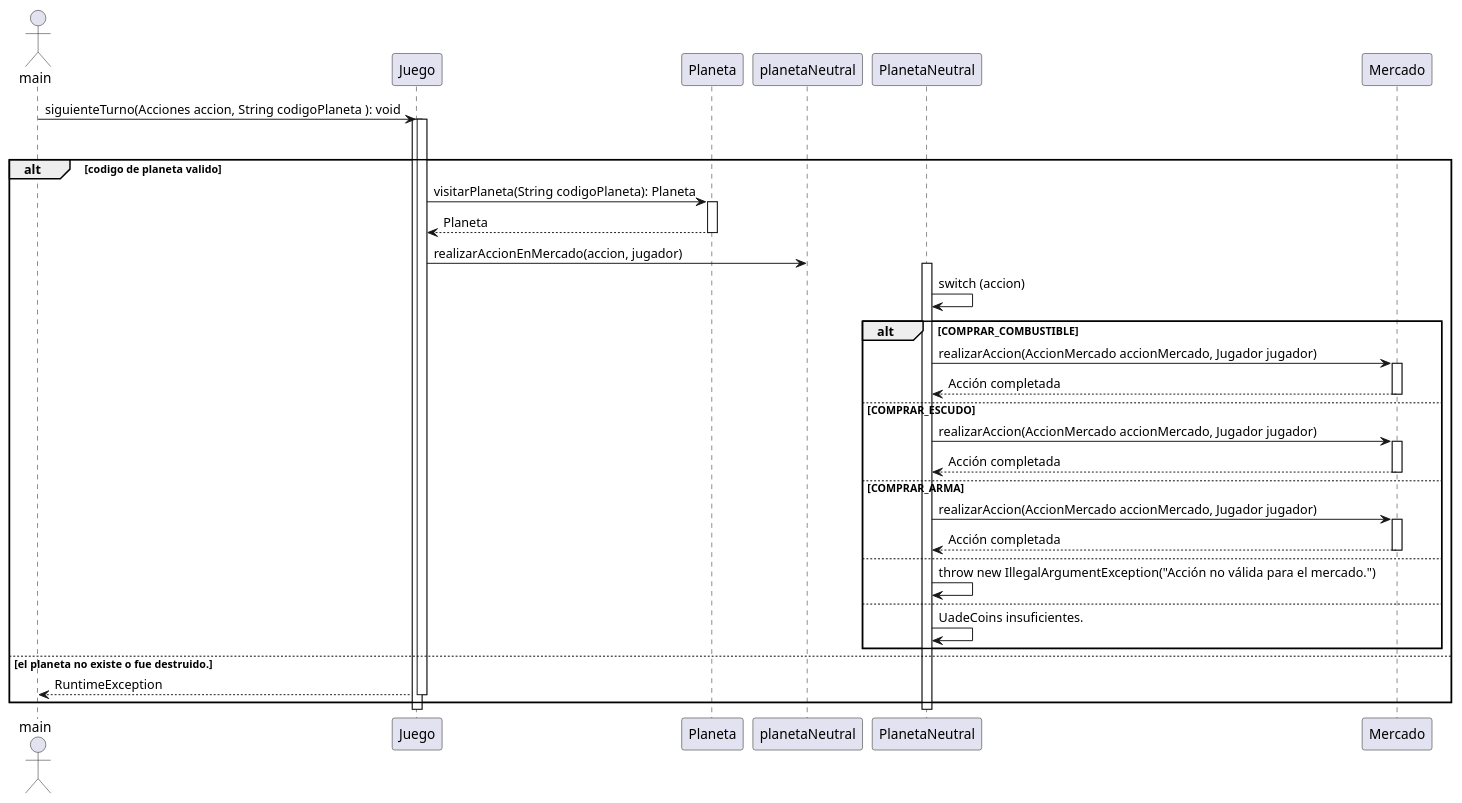
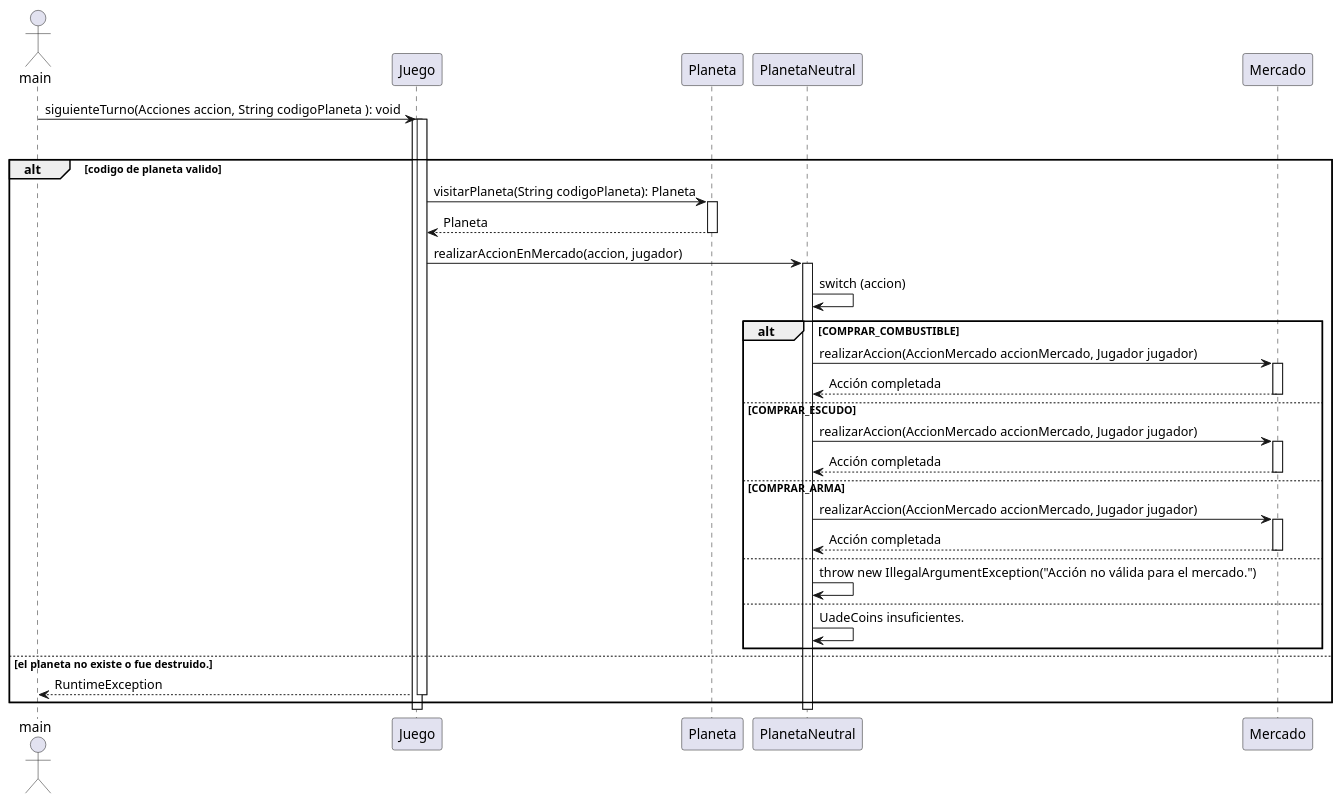
Before and after one commit to ianlio-git/LostGalaxy: the diagram in src/main/java/org/example/Diagrams/TPO_SequenceDiagramMarketItem.puml, drawn with PlantUML. The commit also changed 2 other files, not shown here.

Commit message:
basta de diagramas

```diff
--- a/src/main/java/org/example/Diagrams/TPO_SequenceDiagramMarketItem.puml
+++ b/src/main/java/org/example/Diagrams/TPO_SequenceDiagramMarketItem.puml
@@ -1,45 +1,45 @@
 @startuml
 actor main
 
 main -> Juego: siguienteTurno(Acciones accion, String codigoPlaneta ): void
 activate Juego
     loop busca planeta segun codigo
         alt codigo de planeta valido
             activate Juego
                 Juego -> Planeta: visitarPlaneta(String codigoPlaneta): Planeta
             activate Planeta
                 Planeta --> Juego: Planeta
             deactivate Planeta
 
-Juego -> planetaNeutral : realizarAccionEnMercado(accion, jugador)
+Juego -> PlanetaNeutral : realizarAccionEnMercado(accion, jugador)
 activate PlanetaNeutral
 
 PlanetaNeutral -> PlanetaNeutral : switch (accion)
 alt COMPRAR_COMBUSTIBLE
     PlanetaNeutral -> Mercado : realizarAccion(AccionMercado accionMercado, Jugador jugador)
     activate Mercado
     Mercado --> PlanetaNeutral: Acción completada
     deactivate Mercado
 else COMPRAR_ESCUDO
     PlanetaNeutral -> Mercado : realizarAccion(AccionMercado accionMercado, Jugador jugador)
     activate Mercado
     Mercado --> PlanetaNeutral: Acción completada
     deactivate Mercado
 else COMPRAR_ARMA
     PlanetaNeutral -> Mercado : realizarAccion(AccionMercado accionMercado, Jugador jugador)
     activate Mercado
     Mercado --> PlanetaNeutral: Acción completada
     deactivate Mercado
 else
     PlanetaNeutral -> PlanetaNeutral : throw new IllegalArgumentException("Acción no válida para el mercado.")
 else
     PlanetaNeutral -> PlanetaNeutral : UadeCoins insuficientes.
 end
       else el planeta no existe o fue destruido.
                 Juego --> main : RuntimeException
             deactivate Juego
 end
 
 deactivate PlanetaNeutral
 deactivate Juego
 @enduml
```
